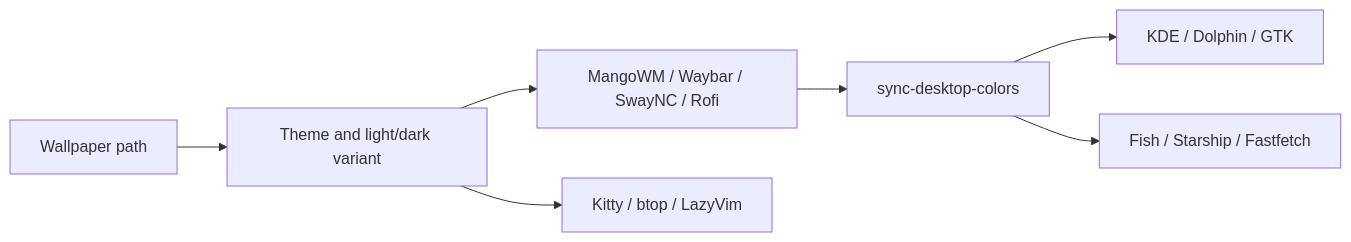
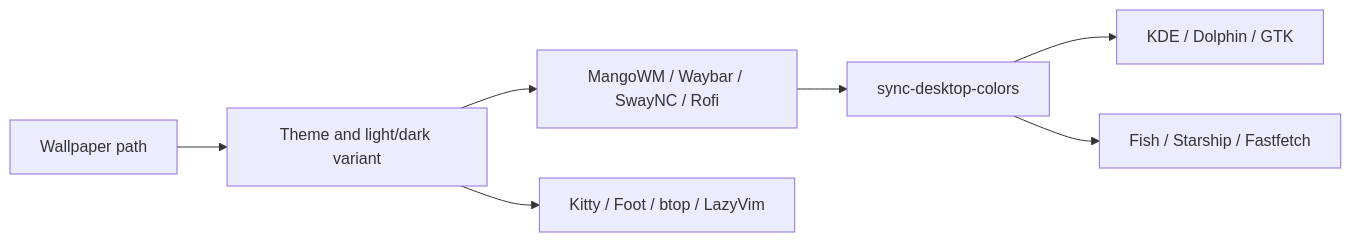
One commit to alertxsto/mangowm-dotfiles changed the diagram in README.md. Above: the diagram before and after it, drawn with Mermaid. The commit also changed other lines of this file and 21 other files, not shown here.

````diff
--- a/README.md
+++ b/README.md
@@ -228,9 +230,9 @@
 ```mermaid
 flowchart LR
     W[Wallpaper path] --> P[Theme and light/dark variant]
     P --> A[MangoWM / Waybar / SwayNC / Rofi]
-    P --> T[Kitty / btop / LazyVim]
+    P --> T[Kitty / Foot / btop / LazyVim]
     A --> S[sync-desktop-colors]
     S --> K[KDE / Dolphin / GTK]
     S --> F[Fish / Starship / Fastfetch]
 ```
````
